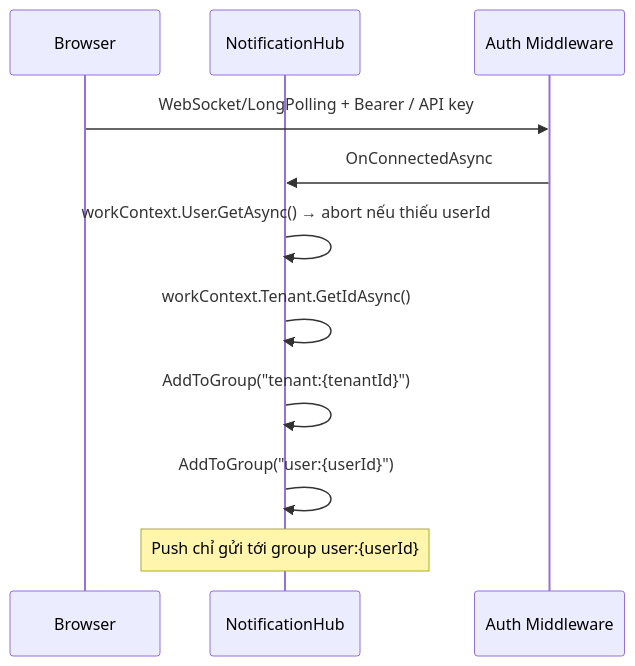
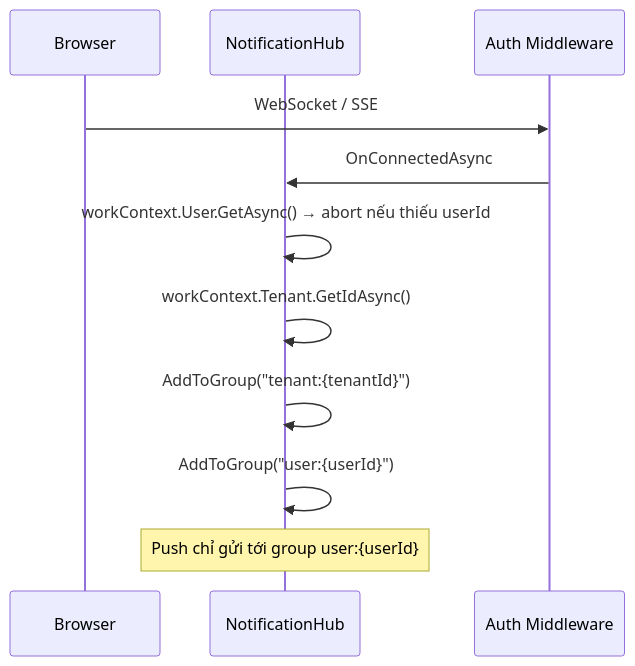
One commit to hoangnh2412/jarvis changed the second of 3 diagrams in modules/notifications/README.md. Above: the diagram before and after it, drawn with Mermaid. The commit also changed other lines of this file and 610 other files, not shown here.

````diff
--- a/modules/notifications/README.md
+++ b/modules/notifications/README.md
@@ -235,14 +235,14 @@
 ```mermaid
 sequenceDiagram
     participant Client as Browser
     participant Hub as NotificationHub
     participant Auth as Auth Middleware
 
-    Client->>Auth: WebSocket/LongPolling + Bearer / API key
+    Client->>Auth: WebSocket / SSE
     Auth->>Hub: OnConnectedAsync
     Hub->>Hub: workContext.User.GetAsync() → abort nếu thiếu userId
     Hub->>Hub: workContext.Tenant.GetIdAsync()
     Hub->>Hub: AddToGroup("tenant:{tenantId}")
     Hub->>Hub: AddToGroup("user:{userId}")
     Note over Hub: Push chỉ gửi tới group user:{userId}
 ```
````
